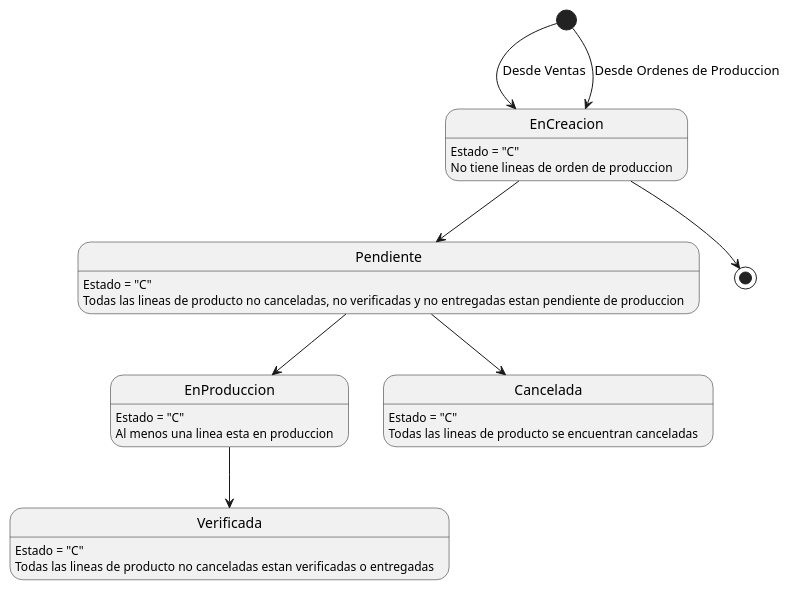
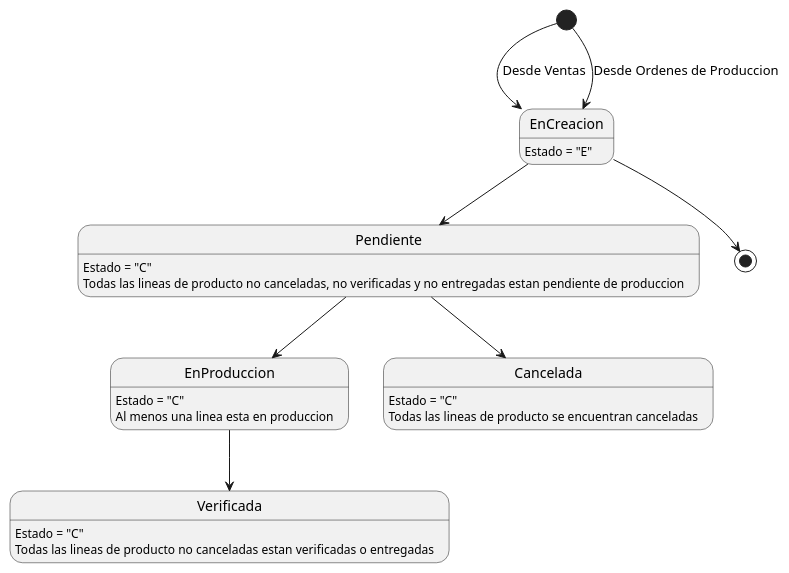
Before and after one commit to ZMGestion/DocumentacionZMGestion: the sixth of 6 diagrams in DiagramasEstado/DiagramaDeEstado.puml, drawn with PlantUML. The commit also changed other lines of this file and 7 other files, not shown here.

Commit message:
Nuevo DiagramasDeActividad y cambios en DiagramasDeEstado

```diff
--- a/DiagramasEstado/DiagramaDeEstado.puml
+++ b/DiagramasEstado/DiagramaDeEstado.puml
@@ -101,21 +102,20 @@
 @startuml ordenesProduccion
  
-EnCreacion: Estado = "C"
-EnCreacion: No tiene lineas de orden de produccion
+EnCreacion: Estado = "E"
 Pendiente: Estado = "C"
 Pendiente: Todas las lineas de producto no canceladas, no verificadas y no entregadas estan pendiente de produccion
 EnProduccion: Estado = "C"
 EnProduccion: Al menos una linea esta en produccion
 Verificada: Estado = "C"
 Verificada: Todas las lineas de producto no canceladas estan verificadas o entregadas
 Cancelada: Estado = "C"
 Cancelada: Todas las lineas de producto se encuentran canceladas
 
 [*]--> EnCreacion: Desde Ventas
 [*]--> EnCreacion: Desde Ordenes de Produccion
 EnCreacion --> [*]
 EnCreacion -->Pendiente
 Pendiente --> EnProduccion
 Pendiente --> Cancelada
 EnProduccion --> Verificada
 @enduml
```
